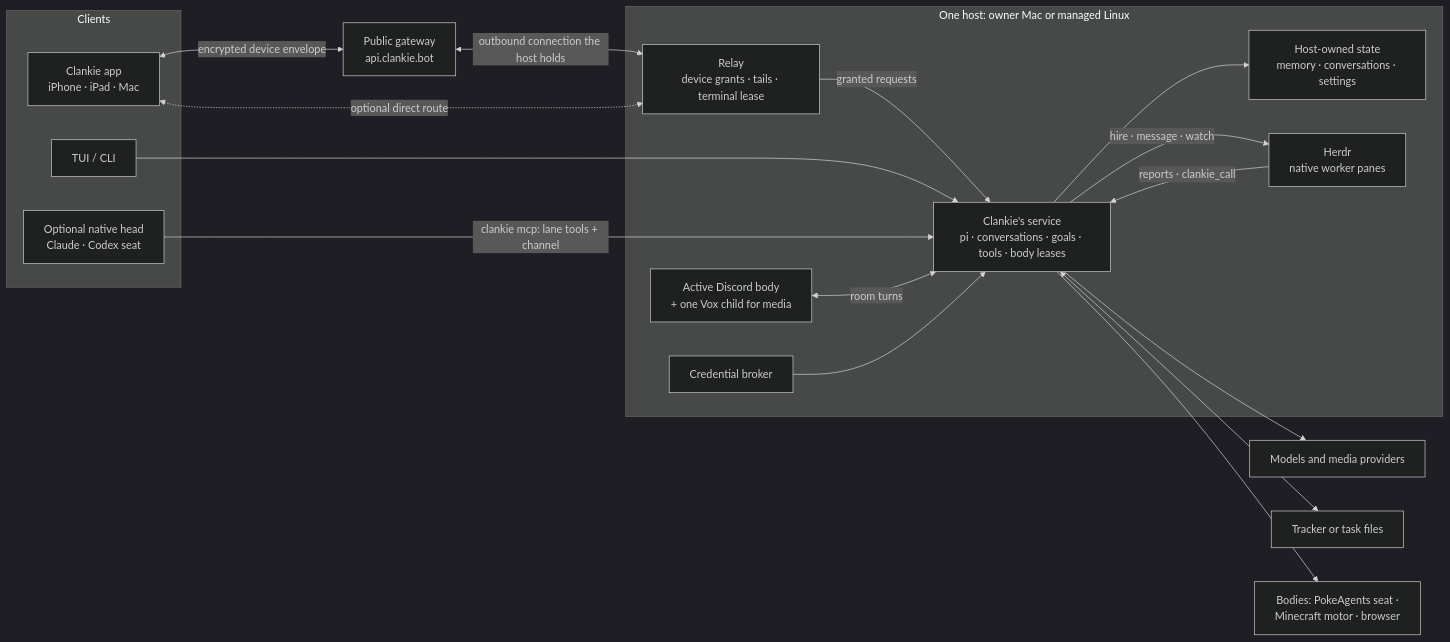
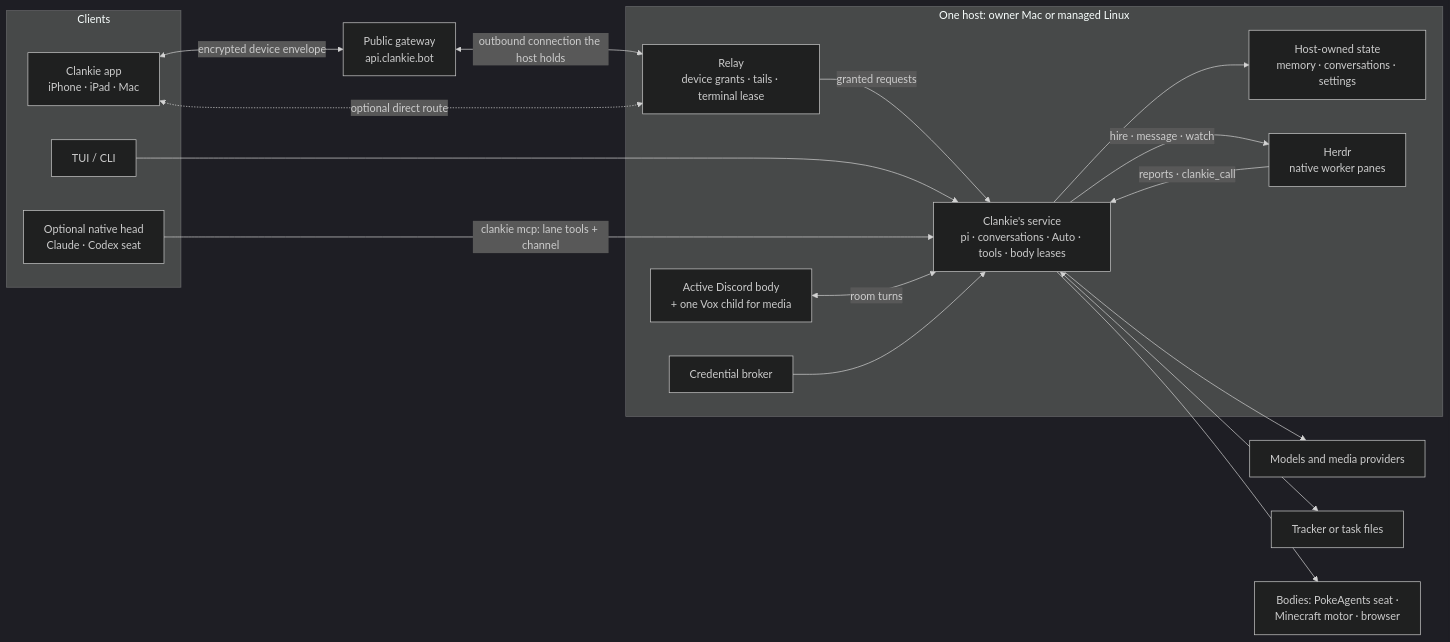
Before and after one commit to Volpestyle/clankie: the first of 4 diagrams in docs/architecture.md, drawn with Mermaid (dark theme). The commit also changed other lines of this file and 62 other files, not shown here.

First line of the commit message:
feat(autonomy): retire service goals now that projects on Auto carry standing work (VUH-2029)

````diff
--- a/docs/architecture.md
+++ b/docs/architecture.md
@@ -17,31 +17,31 @@
 ```mermaid
 flowchart LR
   subgraph Clients
     App["Clankie app<br/>iPhone · iPad · Mac"]
     Console["TUI / CLI"]
     Head["Optional native head<br/>Claude · Codex seat"]
   end
   Gateway["Public gateway<br/>api.clankie.bot"]
   subgraph Host["One host: owner Mac or managed Linux"]
     Relay["Relay<br/>device grants · tails · terminal lease"]
-    Service["Clankie's service<br/>pi · conversations · goals · tools · body leases"]
+    Service["Clankie's service<br/>pi · conversations · Auto · tools · body leases"]
     State["Host-owned state<br/>memory · conversations · settings"]
     Broker["Credential broker"]
     Herdr["Herdr<br/>native worker panes"]
     Mouth["Active Discord body<br/>+ one Vox child for media"]
   end
   App <-->|"encrypted device envelope"| Gateway
   Gateway <-->|"outbound connection the host holds"| Relay
   App <-.->|"optional direct route"| Relay
   Relay -->|"granted requests"| Service
   Console --> Service
   Head -->|"clankie mcp: lane tools + channel"| Service
   Mouth <-->|"room turns"| Service
   Service --> State
   Broker --> Service
   Service -->|"hire · message · watch"| Herdr
   Herdr -->|"reports · clankie_call"| Service
   Service --> Models["Models and media providers"]
   Service <--> Work["Tracker or task files"]
   Service --> Bodies["Bodies: PokeAgents seat ·<br/>Minecraft motor · browser"]
 ```
````
